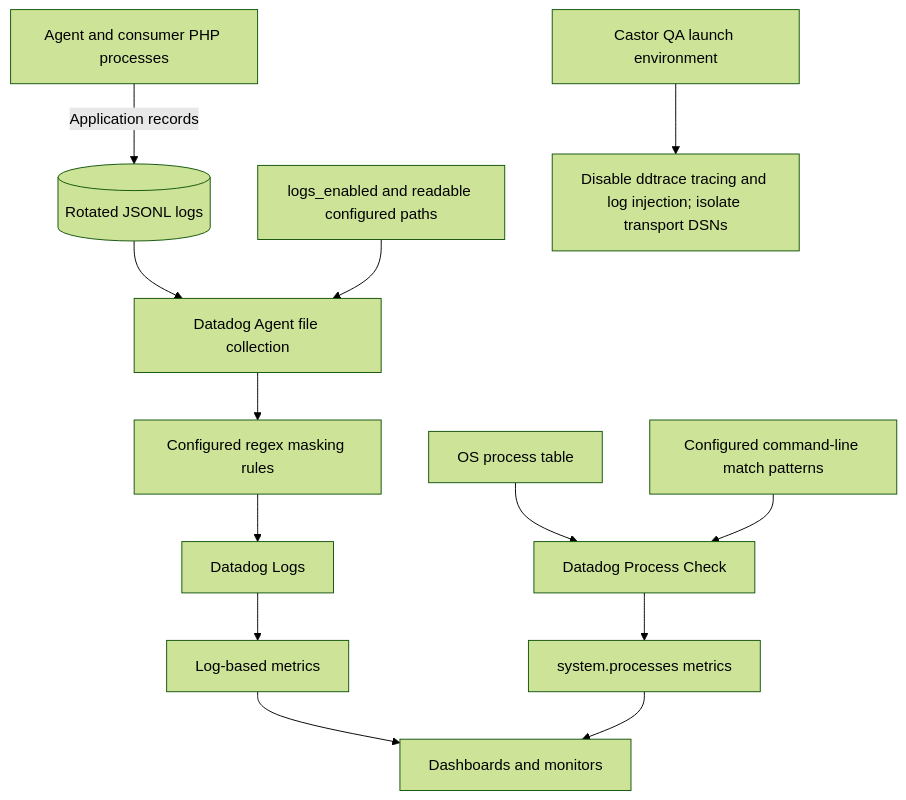
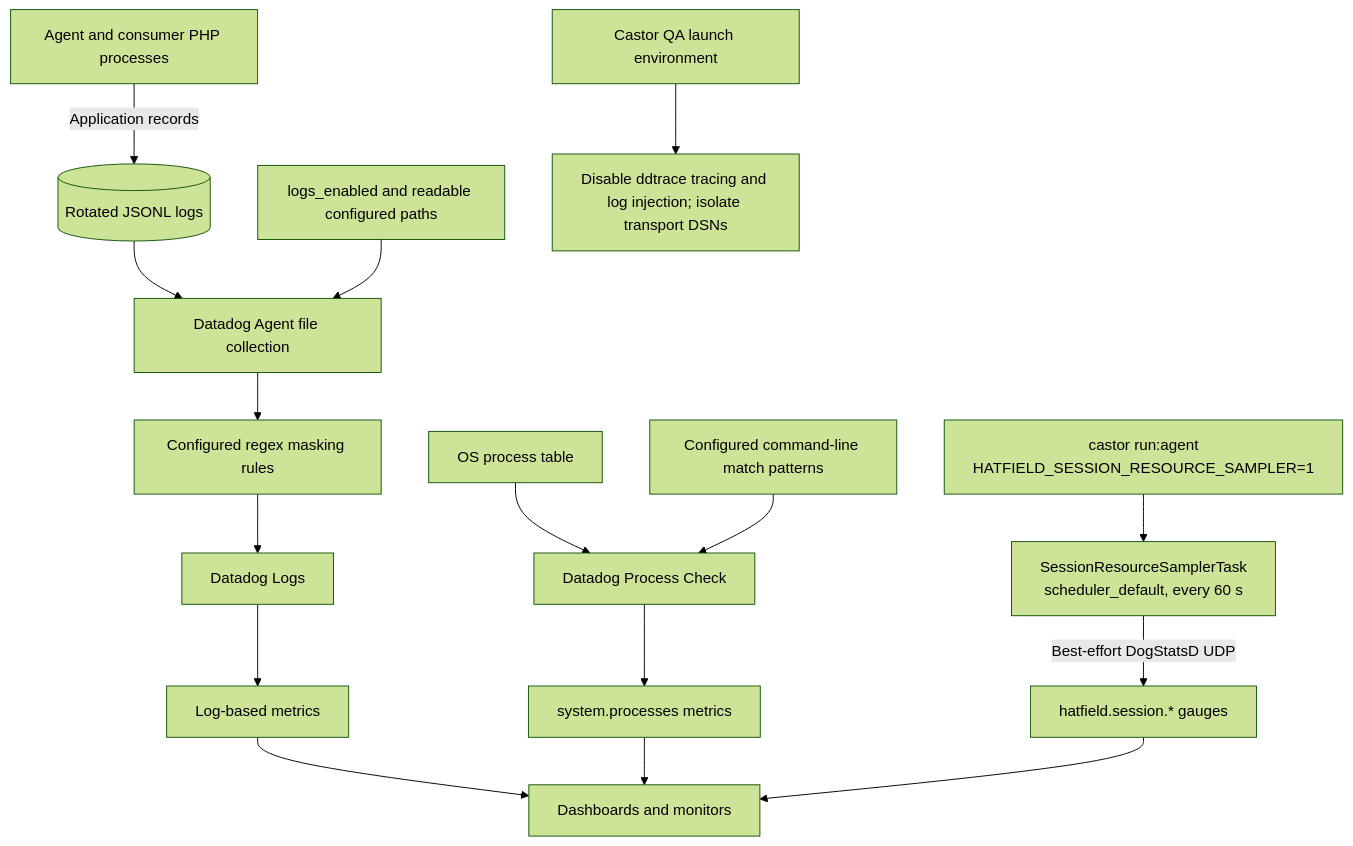
One commit to ineersa/agent-core changed the fifth of 6 diagrams in architecture/logging.md. Above: the diagram before and after it, drawn with Mermaid (forest theme). The commit also changed other lines of this file and 86 other files, not shown here.

First line of the commit message:
Fix documentation drift and expand architecture diagrams

````diff
--- a/architecture/logging.md
+++ b/architecture/logging.md
@@ -137,15 +164,18 @@
 ```mermaid
 flowchart TB
     PHP[Agent and consumer PHP processes] -->|Application records| Files[(Rotated JSONL logs)]
     Files --> Tail[Datadog Agent file collection]
     LogsConfig[logs_enabled and readable configured paths] --> Tail
     Tail --> Mask[Configured regex masking rules]
     Mask --> Explorer[Datadog Logs]
     Explorer --> LogMetrics[Log-based metrics]
     LogMetrics --> Dashboards[Dashboards and monitors]
     OS[OS process table] --> Check[Datadog Process Check]
     Match[Configured command-line match patterns] --> Check
     Check --> Metrics[system.processes metrics]
     Metrics --> Dashboards
+    Launch["castor run:agent<br/>HATFIELD_SESSION_RESOURCE_SAMPLER=1"] --> Sampler["SessionResourceSamplerTask<br/>scheduler_default, every 60 s"]
+    Sampler -->|"Best-effort DogStatsD UDP"| Gauges[hatfield.session.* gauges]
+    Gauges --> Dashboards
     QA[Castor QA launch environment] --> Off[Disable ddtrace tracing and log injection; isolate transport DSNs]
 ```
````
